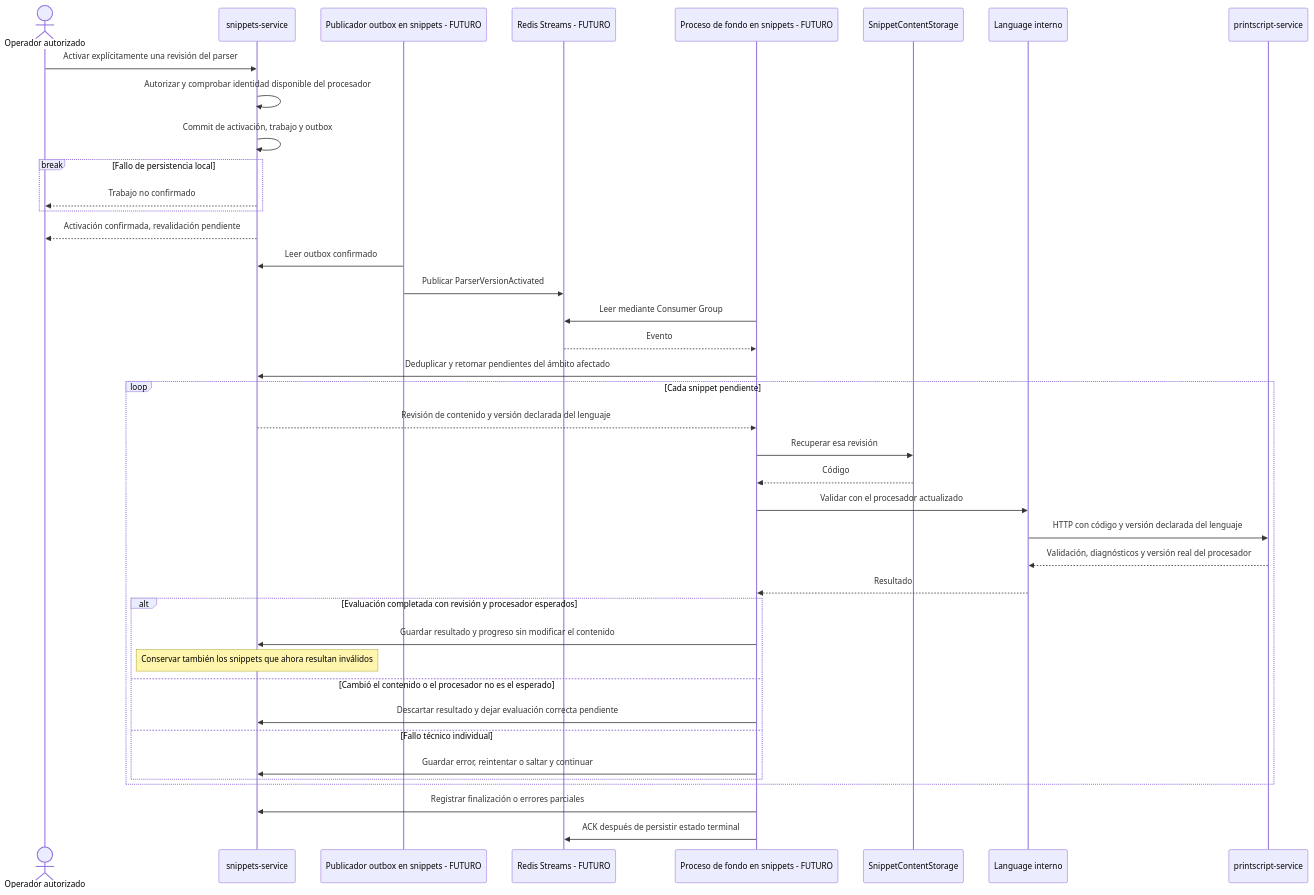
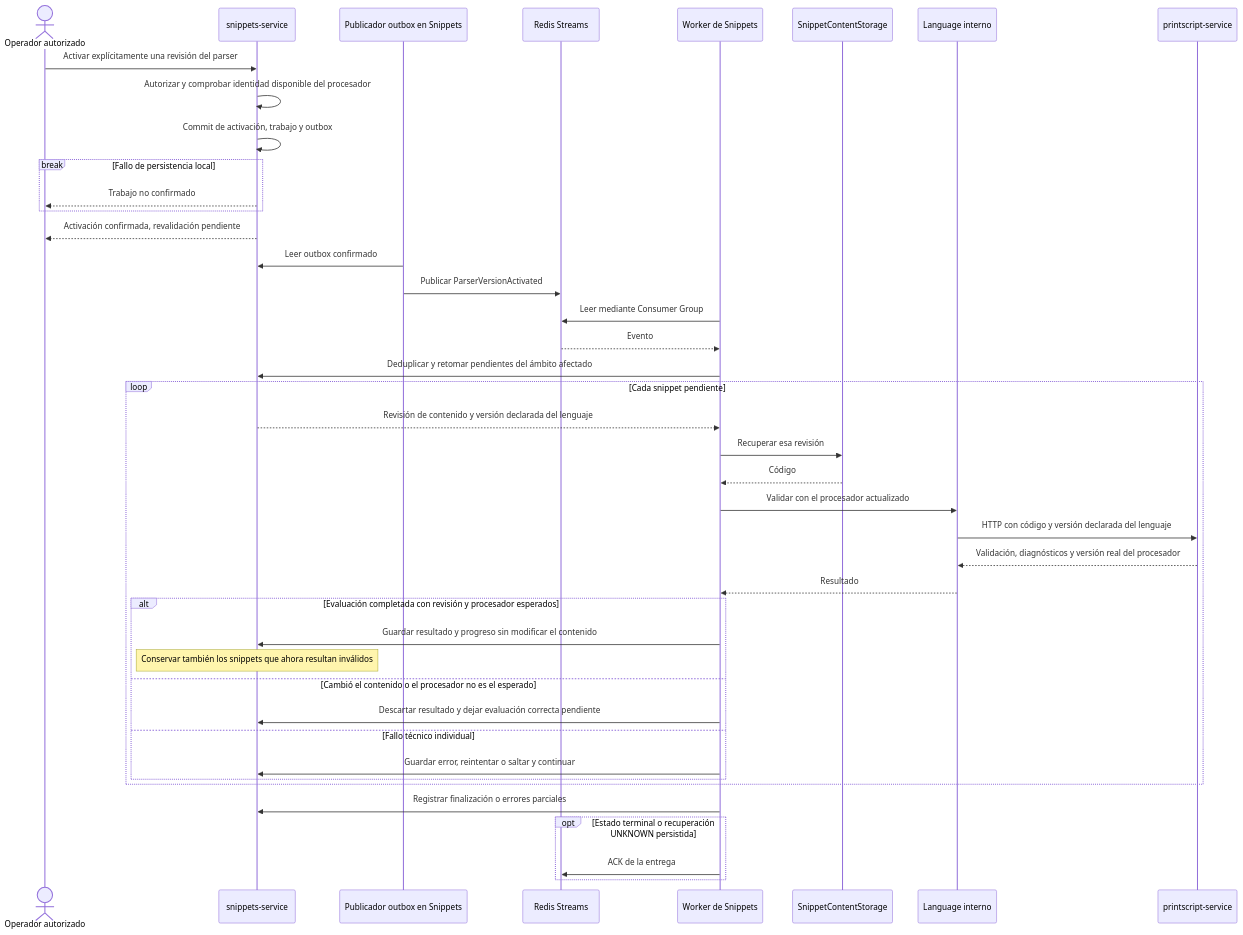
Before and after one commit to JJT-INGSIS/snippet-searcher-infra: the diagram in docs/architecture/flows/parser-revalidation.md, drawn with Mermaid. The commit also changed other lines of this file and 56 other files, not shown here.

````diff
--- a/docs/architecture/flows/parser-revalidation.md
+++ b/docs/architecture/flows/parser-revalidation.md
@@ -11,45 +10,47 @@
 ```mermaid
 sequenceDiagram
     actor O as Operador autorizado
     participant S as snippets-service
-    participant P as Publicador outbox en snippets - FUTURO
-    participant R as Redis Streams - FUTURO
-    participant B as Proceso de fondo en snippets - FUTURO
+    participant P as Publicador outbox en Snippets
+    participant R as Redis Streams
+    participant B as Worker de Snippets
     participant ST as SnippetContentStorage
     participant L as Language interno
     participant PS as printscript-service
 
     O->>S: Activar explícitamente una revisión del parser
     S->>S: Autorizar y comprobar identidad disponible del procesador
     S->>S: Commit de activación, trabajo y outbox
     break Fallo de persistencia local
         S-->>O: Trabajo no confirmado
     end
     S-->>O: Activación confirmada, revalidación pendiente
     P->>S: Leer outbox confirmado
     P->>R: Publicar ParserVersionActivated
     B->>R: Leer mediante Consumer Group
     R-->>B: Evento
     B->>S: Deduplicar y retomar pendientes del ámbito afectado
 
     loop Cada snippet pendiente
         S-->>B: Revisión de contenido y versión declarada del lenguaje
         B->>ST: Recuperar esa revisión
         ST-->>B: Código
         B->>L: Validar con el procesador actualizado
         L->>PS: HTTP con código y versión declarada del lenguaje
         PS-->>L: Validación, diagnósticos y versión real del procesador
         L-->>B: Resultado
 
         alt Evaluación completada con revisión y procesador esperados
             B->>S: Guardar resultado y progreso sin modificar el contenido
             Note over S: Conservar también los snippets que ahora resultan inválidos
         else Cambió el contenido o el procesador no es el esperado
             B->>S: Descartar resultado y dejar evaluación correcta pendiente
         else Fallo técnico individual
             B->>S: Guardar error, reintentar o saltar y continuar
         end
     end
     B->>S: Registrar finalización o errores parciales
-    B->>R: ACK después de persistir estado terminal
+    opt Estado terminal o recuperación UNKNOWN persistida
+        B->>R: ACK de la entrega
+    end
 ```
````
